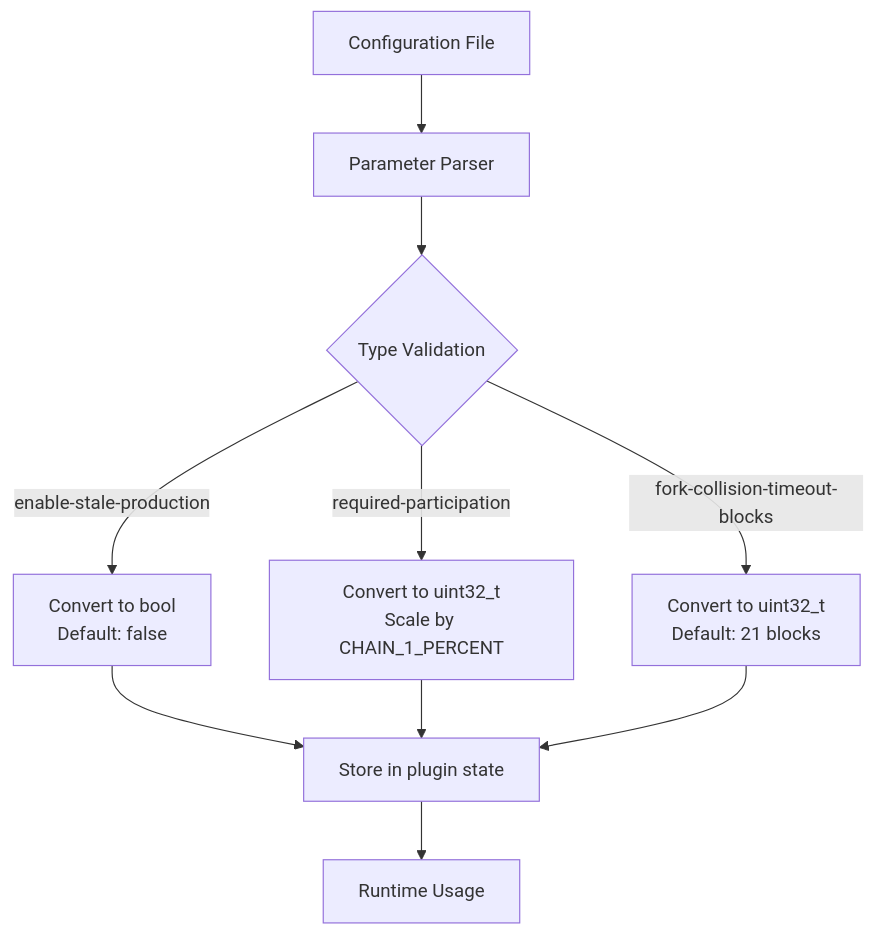
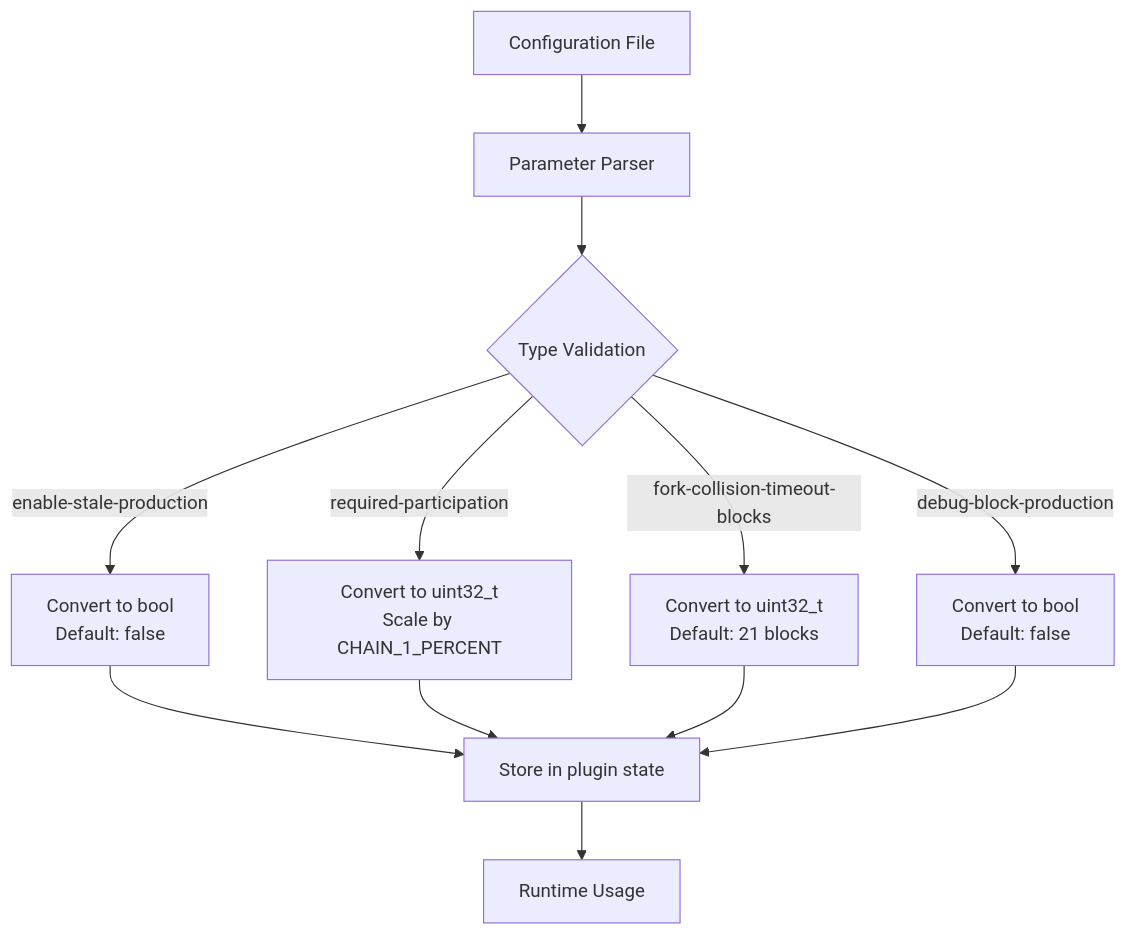
Before and after one commit to VIZ-Blockchain/viz-cpp-node: the third of 8 diagrams in .qoder/repowiki/en/content/Witness.md, drawn with Mermaid. The commit also changed other lines of this file and 7 other files, not shown here.

````diff
--- a/.qoder/repowiki/en/content/Witness.md
+++ b/.qoder/repowiki/en/content/Witness.md
@@ -295,12 +303,14 @@
 ```mermaid
 flowchart TD
 Config["Configuration File"] --> Parser["Parameter Parser"]
 Parser --> TypeCheck{"Type Validation"}
 TypeCheck --> |enable-stale-production| BoolConvert["Convert to bool<br/>Default: false"]
 TypeCheck --> |required-participation| IntConvert["Convert to uint32_t<br/>Scale by CHAIN_1_PERCENT"]
 TypeCheck --> |fork-collision-timeout-blocks| TimeoutConvert["Convert to uint32_t<br/>Default: 21 blocks"]
+TypeCheck --> |debug-block-production| DebugConvert["Convert to bool<br/>Default: false"]
 BoolConvert --> Storage["Store in plugin state"]
 IntConvert --> Storage
 TimeoutConvert --> Storage
+DebugConvert --> Storage
 Storage --> Runtime["Runtime Usage"]
 ```
````
